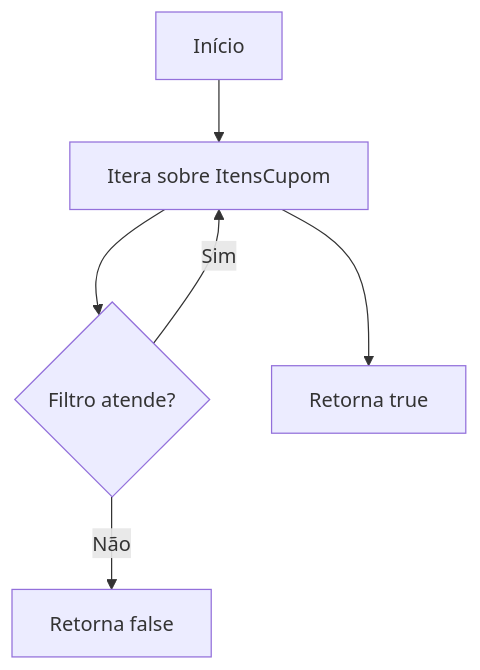
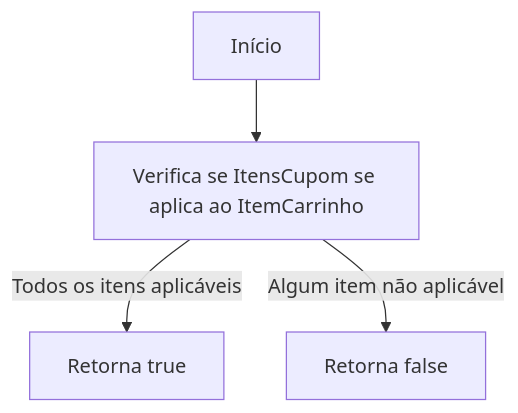
The second of 3 diagrams in docs/b2b-dominio/IsthmusWinthor.Nucleo/IsthmusWinthor.Dominio/POCO/CupomDesconto.md (IsthmusSistemas/documentacao-tecnica), drawn with Mermaid before and after one commit. The commit also changed other lines of this file and 882 other files, not shown here.

````diff
--- a/docs/b2b-dominio/IsthmusWinthor.Nucleo/IsthmusWinthor.Dominio/POCO/CupomDesconto.md
+++ b/docs/b2b-dominio/IsthmusWinthor.Nucleo/IsthmusWinthor.Dominio/POCO/CupomDesconto.md
@@ -41,8 +32,6 @@
 ```mermaid
 flowchart TD
-    A[Início] --> D[Itera sobre ItensCupom]
-    D --> E{Filtro atende?}
-    E -- Não --> F[Retorna false]
-    E -- Sim --> D
-    D --> G[Retorna true]
+    A[Início] --> B[Verifica se ItensCupom se aplica ao ItemCarrinho]
+    B -->|Todos os itens aplicáveis| C[Retorna true]
+    B -->|Algum item não aplicável| D[Retorna false]
 ```
````
